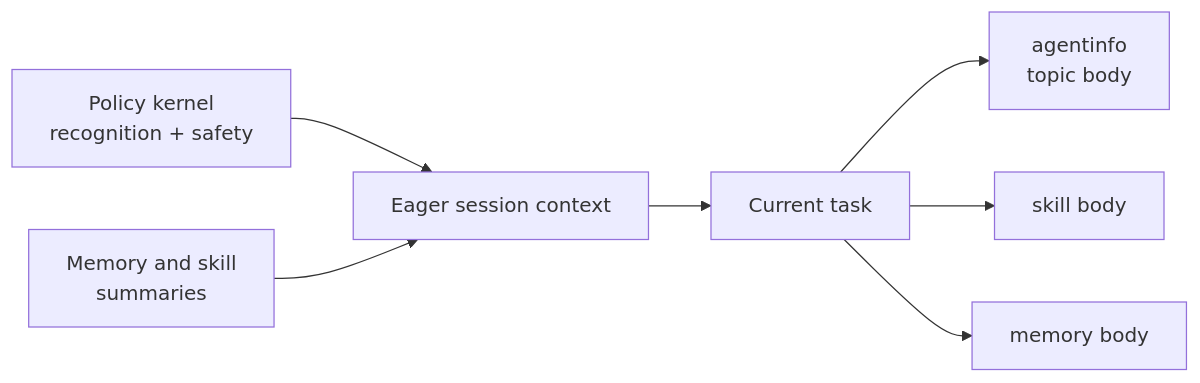
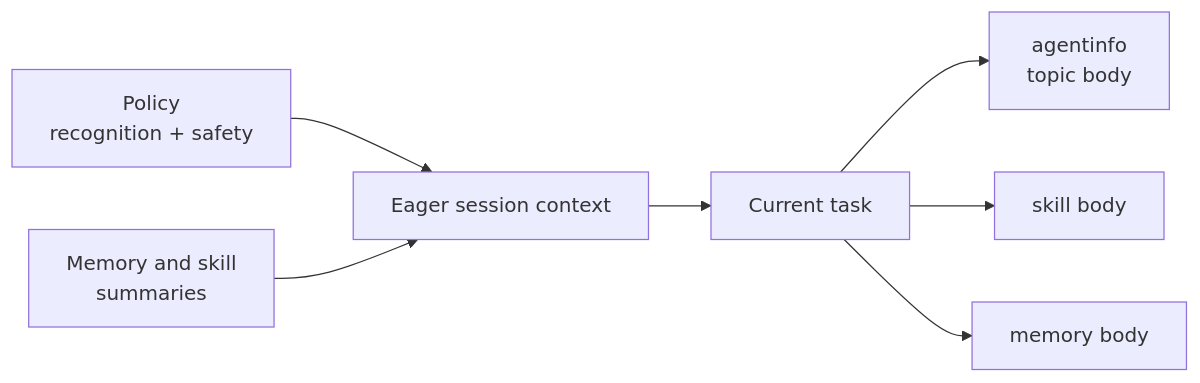
The diagram in README.md (shiblon/engram), drawn with Mermaid before and after one commit. The commit also changed other lines of this file, not shown here.

````diff
--- a/README.md
+++ b/README.md
@@ -98,9 +168,9 @@
 ```mermaid
 flowchart LR
-    K["Policy kernel<br/>recognition + safety"] --> E["Eager session context"]
+    K["Policy<br/>recognition + safety"] --> E["Eager session context"]
     I["Memory and skill<br/>summaries"] --> E
     E --> T["Current task"]
     T --> A["agentinfo<br/>topic body"]
     T --> S["skill body"]
     T --> M["memory body"]
 ```
````
